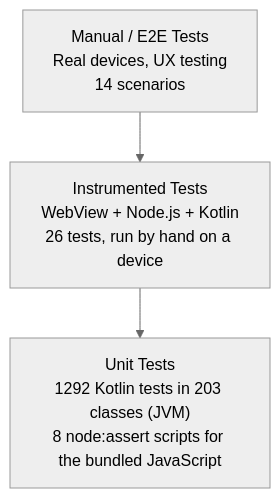
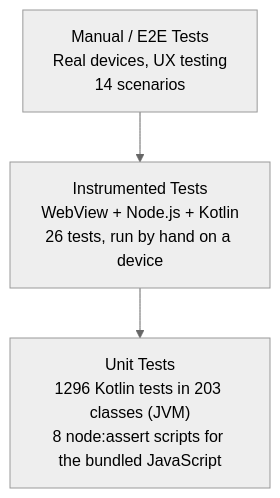
The first of 3 diagrams in docs/07-TESTING_STRATEGY.md (cuixinyuan666/vscodroid), drawn with Mermaid (neutral theme) before and after one commit. The commit also changed other lines of this file and 7 other files, not shown here.

````diff
--- a/docs/07-TESTING_STRATEGY.md
+++ b/docs/07-TESTING_STRATEGY.md
@@ -23,5 +23,5 @@
 ```mermaid
 flowchart TD
   E2E["Manual / E2E Tests<br/>Real devices, UX testing<br/>14 scenarios"] --> INT["Instrumented Tests<br/>WebView + Node.js + Kotlin<br/>26 tests, run by hand on a device"]
-  INT --> UNIT["Unit Tests<br/>1292 Kotlin tests in 203 classes (JVM)<br/>8 node:assert scripts for the bundled JavaScript"]
+  INT --> UNIT["Unit Tests<br/>1296 Kotlin tests in 203 classes (JVM)<br/>8 node:assert scripts for the bundled JavaScript"]
 ```
````
